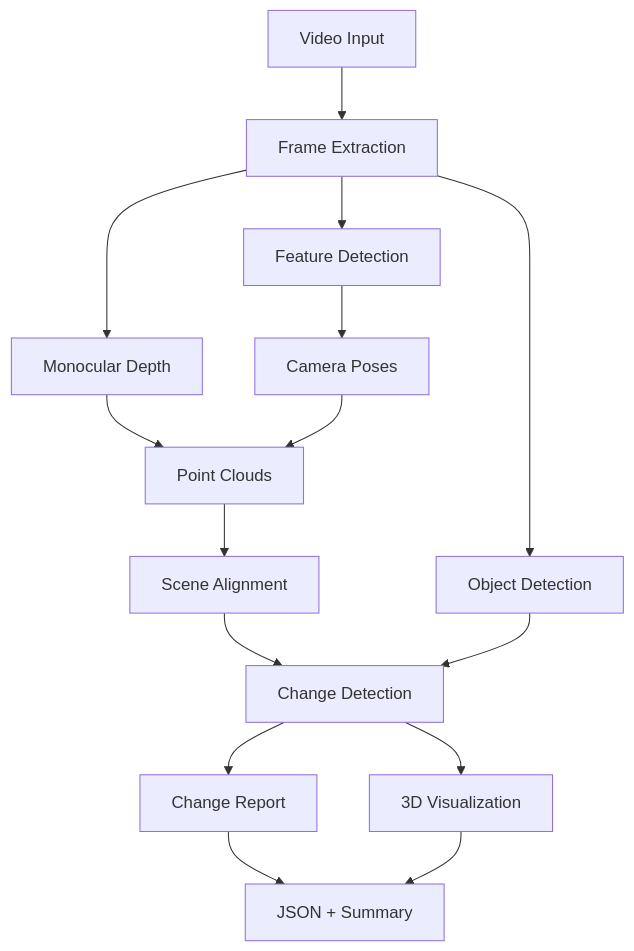
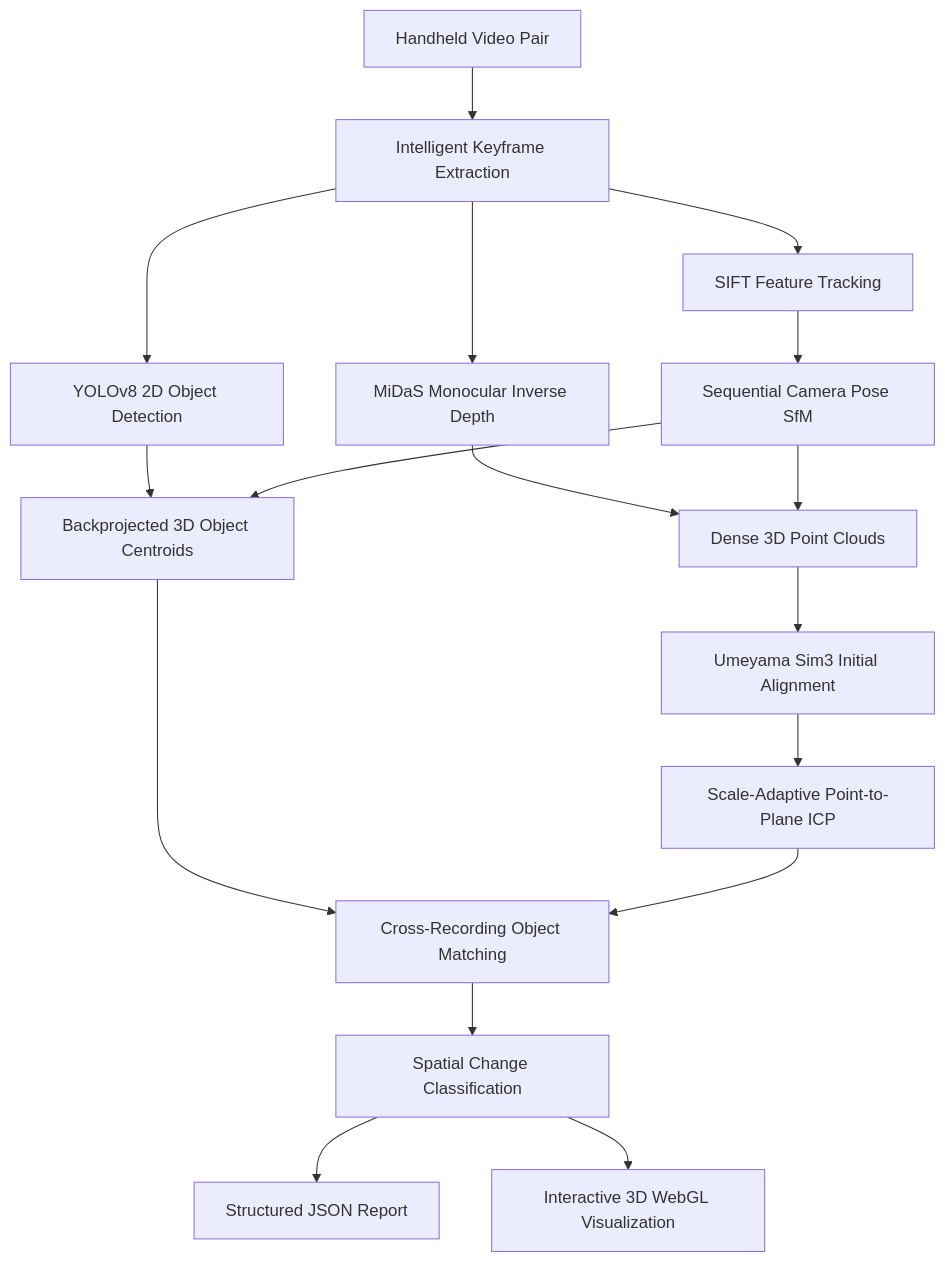
One commit to udaydomadiya08/RoomShift_AI changed the diagram in README.md. Above: the diagram before and after it, drawn with Mermaid. The commit also changed other lines of this file and 5 other files, not shown here.

````diff
--- a/README.md
+++ b/README.md
@@ -44,17 +99,19 @@
 ```mermaid
 graph TD
-    A[Video Input] --> B[Frame Extraction]
-    B --> C[Feature Detection]
-    B --> D[Monocular Depth]
-    C --> E[Camera Poses]
-    D --> F[Point Clouds]
-    E --> F
-    F --> G[Scene Alignment]
-    B --> H[Object Detection]
-    G --> I[Change Detection]
-    H --> I
-    I --> J[Change Report]
-    I --> K[3D Visualization]
-    J --> L[JSON + Summary]
-    K --> L
+    A[Handheld Video Pair] --> B[Intelligent Keyframe Extraction]
+    B --> C[SIFT Feature Tracking]
+    B --> D[MiDaS Monocular Inverse Depth]
+    B --> E[YOLOv8 2D Object Detection]
+    C --> F[Sequential Camera Pose SfM]
+    D --> G[Dense 3D Point Clouds]
+    F --> G
+    E --> H[Backprojected 3D Object Centroids]
+    F --> H
+    G --> I[Umeyama Sim3 Initial Alignment]
+    I --> J[Scale-Adaptive Point-to-Plane ICP]
+    H --> K[Cross-Recording Object Matching]
+    J --> K
+    K --> L[Spatial Change Classification]
+    L --> M[Structured JSON Report]
+    L --> N[Interactive 3D WebGL Visualization]
 ```
````
